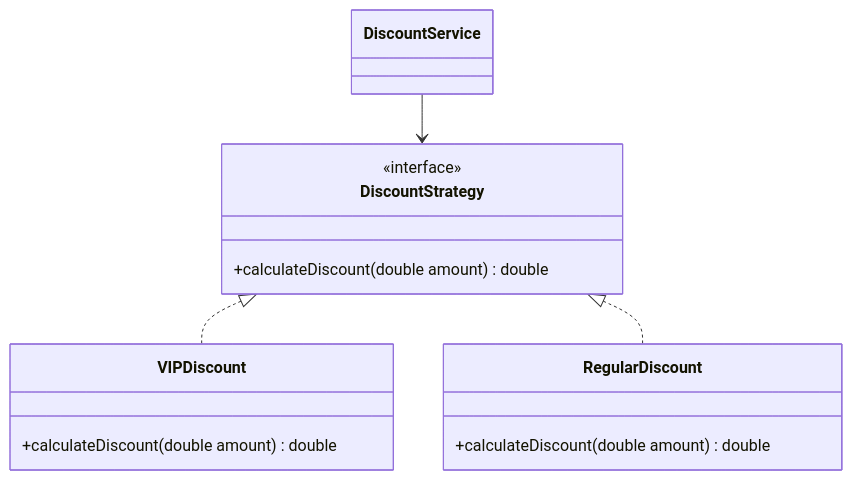
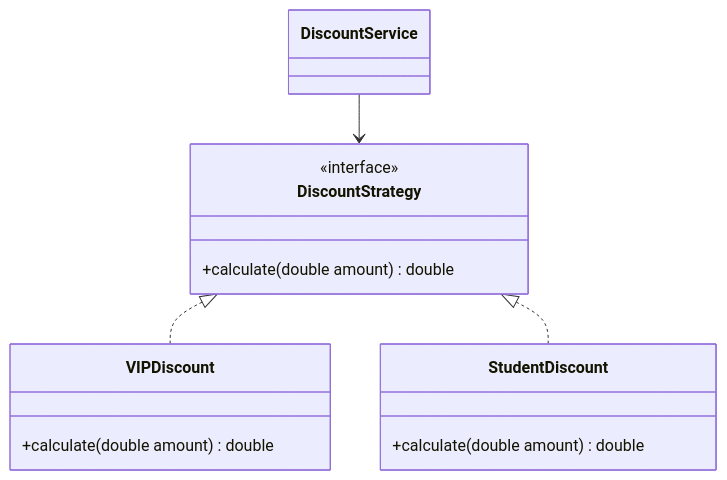
One commit to gp330841/interview changed the first of 3 diagrams in low-level-design/concepts/01-solid-principles.md. Above: the diagram before and after it, drawn with Mermaid. The commit also changed other lines of this file and 66 other files, not shown here.

````diff
--- a/low-level-design/concepts/01-solid-principles.md
+++ b/low-level-design/concepts/01-solid-principles.md
@@ -53,16 +83,16 @@
 ```mermaid
 classDiagram
+    DiscountService --> DiscountStrategy
     DiscountStrategy <|.. VIPDiscount
-    DiscountStrategy <|.. RegularDiscount
-    DiscountService --> DiscountStrategy
+    DiscountStrategy <|.. StudentDiscount
     class DiscountStrategy {
         <<interface>>
-        +calculateDiscount(double amount) double
+        +calculate(double amount) double
     }
     class VIPDiscount {
-        +calculateDiscount(double amount) double
+        +calculate(double amount) double
     }
-    class RegularDiscount {
-        +calculateDiscount(double amount) double
+    class StudentDiscount {
+        +calculate(double amount) double
     }
 ```
````
